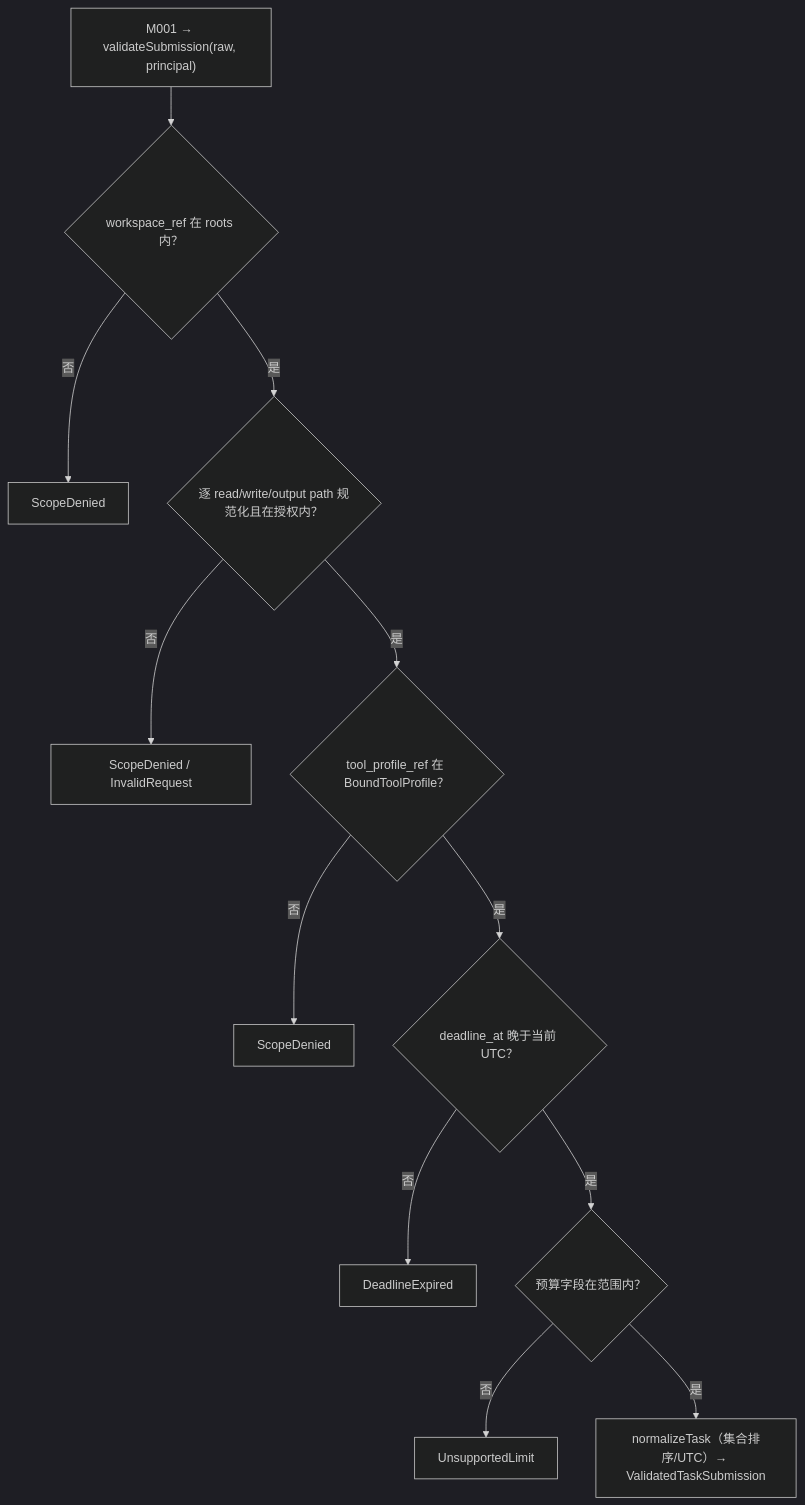
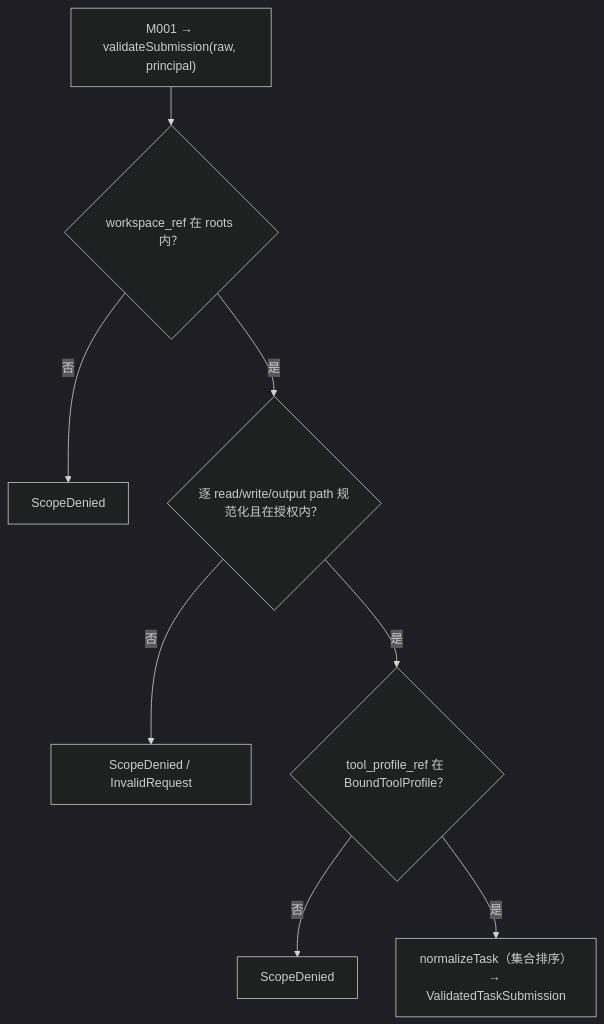
The fourth of 5 diagrams in docs/40_module_design/piko-policy-design.md (corezilla/piko), drawn with Mermaid (dark theme) before and after one commit. The commit also changed other lines of this file and 86 other files, not shown here.

````diff
--- a/docs/40_module_design/piko-policy-design.md
+++ b/docs/40_module_design/piko-policy-design.md
@@ -582,14 +581,10 @@
 ```mermaid
 flowchart TD
     A["M001 → validateSubmission(raw, principal)"] --> B{"workspace_ref 在 roots 内？"}
     B -->|否| Z1["ScopeDenied"]
     B -->|是| C{"逐 read/write/output path 规范化且在授权内？"}
     C -->|否| Z2["ScopeDenied / InvalidRequest"]
     C -->|是| D{"tool_profile_ref 在 BoundToolProfile？"}
     D -->|否| Z3["ScopeDenied"]
-    D -->|是| E{"deadline_at 晚于当前 UTC？"}
-    E -->|否| Z4["DeadlineExpired"]
-    E -->|是| F{"预算字段在范围内？"}
-    F -->|否| Z5["UnsupportedLimit"]
-    F -->|是| G["normalizeTask（集合排序/UTC）→ ValidatedTaskSubmission"]
+    D -->|是| G["normalizeTask（集合排序）→ ValidatedTaskSubmission"]
 ```
````
